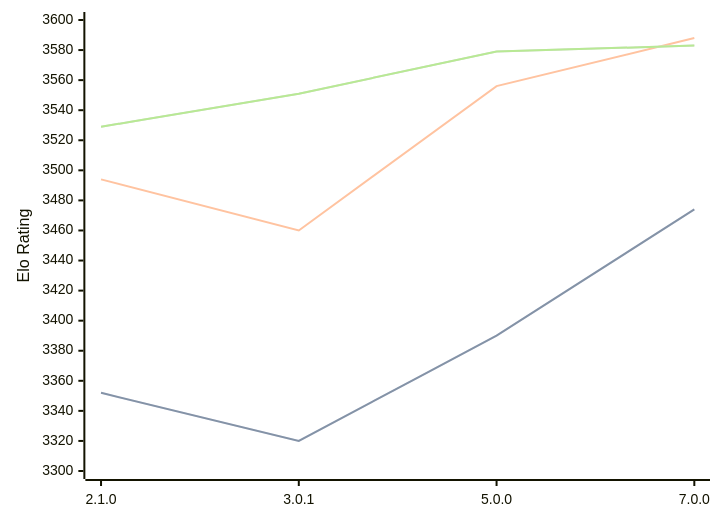
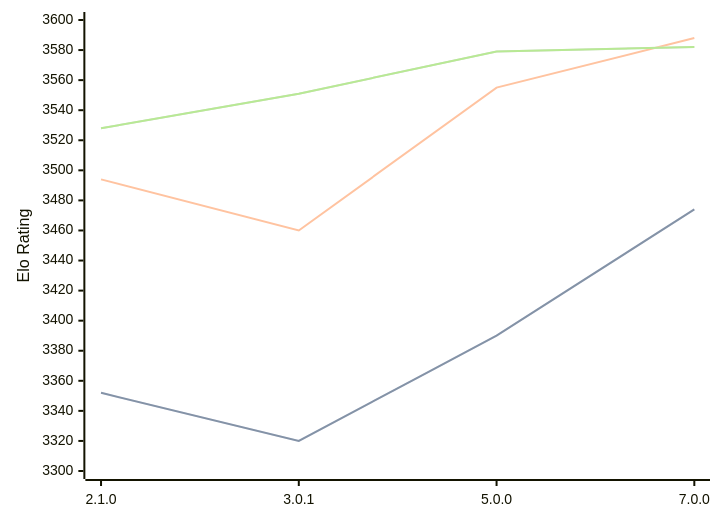
Before and after one commit to computer-chess-index/cci: the diagram in engines/PlentyChess.md, drawn with Mermaid. The commit also changed other lines of this file, not shown here.

Commit message:
Update CCI Ratings (ELO VLTC) - 2026-04-08

````diff
--- a/engines/PlentyChess.md
+++ b/engines/PlentyChess.md
@@ -45,11 +45,11 @@
 ```mermaid
 %%{init: {"theme":"base","themeVariables":{"seriesColors:['#a3a3a3','#222221','#faa371']}}}%%
 xychart-beta
   x-axis ["2.1.0", "3.0.1", "5.0.0", "7.0.0"]
   y-axis "Elo Rating" 3300 --> 3600
   line "STC (8.0+0.08s)" [3352, 3320, 3390, 3474]
   line "STC (8.0+0.08s)" [3352, 3320, 3390, 3474]
-  line "LTC (60.0+0.60s)" [3494, 3460, 3556, 3588]
-  line "VLTC (2m24s+1.12s)" [3529, 3551, 3579, 3583]
-  line "VLTC (2m24s+1.12s)" [3529, 3551, 3579, 3583]
+  line "LTC (60.0+0.60s)" [3494, 3460, 3555, 3588]
+  line "VLTC (2m24s+1.12s)" [3528, 3551, 3579, 3582]
+  line "VLTC (2m24s+1.12s)" [3528, 3551, 3579, 3582]
 ```
````
